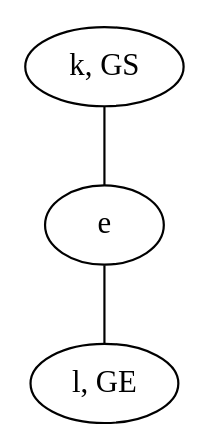
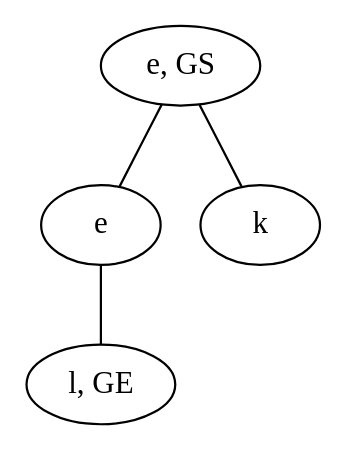
Before and after one commit to schrum2/MM-NEAT: the diagram in data/VGLC/Zelda/rules/1/12_K-L.dot, drawn with Graphviz. The commit also changed 53 other files, not shown here.

```diff
--- a/data/VGLC/Zelda/rules/1/12_K-L.dot
+++ b/data/VGLC/Zelda/rules/1/12_K-L.dot
@@ -1,7 +1,9 @@
 graph {
-HPFK [label="k, GS"]
-eOtU [label="l, GE"]
-JrcI [label="e"]
-HPFK -- JrcI
-JrcI -- eOtU
+BfTW [label="e, GS"]
+ymkK [label="l, GE"]
+Aetz [label="e"]
+rghJ [label="k"]
+BfTW -- Aetz
+BfTW -- rghJ
+Aetz -- ymkK
 }
```
